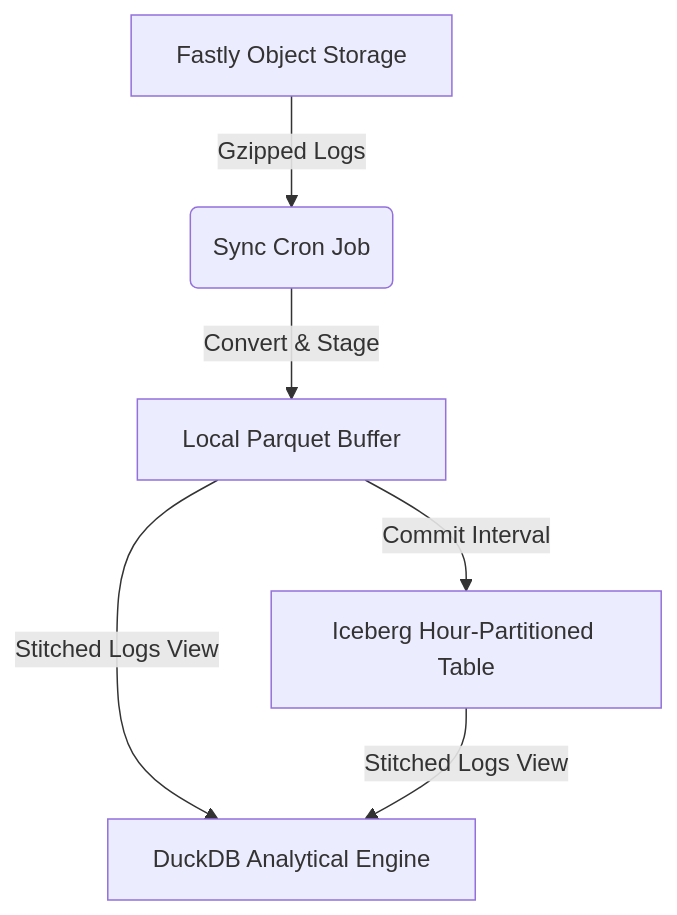
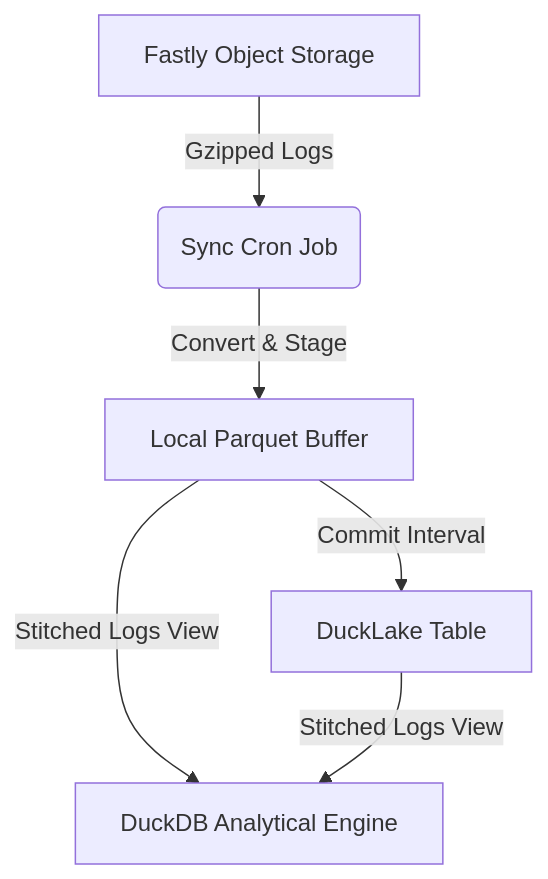
The first of 2 diagrams in docs/ARCHITECTURE.md (fastly/fastly-log-analytics), drawn with Mermaid before and after one commit. The commit also changed other lines of this file and 2153 other files, not shown here.

````diff
--- a/docs/ARCHITECTURE.md
+++ b/docs/ARCHITECTURE.md
@@ -45,7 +54,7 @@
 ```mermaid
 graph TD
     A[Fastly Object Storage] -->|Gzipped Logs| B(Sync Cron Job)
     B -->|Convert & Stage| C[Local Parquet Buffer]
-    C -->|Commit Interval| D[Iceberg Hour-Partitioned Table]
+    C -->|Commit Interval| D[DuckLake Table]
     C & D -->|Stitched Logs View| E[DuckDB Analytical Engine]
 ```
````
